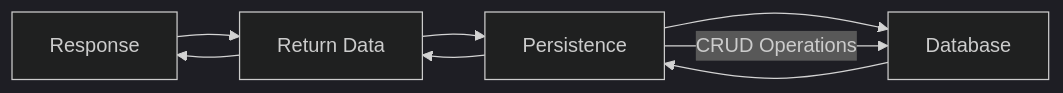
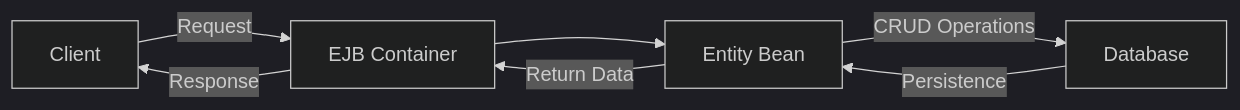
One commit to iAMv1/notes changed diagram 13 of 17 in notes/ajp.md. Above: the diagram before and after it, drawn with Mermaid (dark theme). The commit also changed other lines of this file and 1 other file, not shown here.

Commit message:
Fix mermaid diagram syntax in ajp.md and improve converter error handling

````diff
--- a/notes/ajp.md
+++ b/notes/ajp.md
@@ -1649,11 +1648,9 @@
 ```mermaid
 flowchart LR
-    A[Client] --> B[EJB Container]
+    A[Client] -->|Request| B[EJB Container]
     B --> C[Entity Bean]
-    C --> D[Database]
-    D --> C[Persistence]
-    C --> B[Return Data]
-    B --> A[Response]
-    
-    C --CRUD Operations--> D
+    C -->|CRUD Operations| D[Database]
+    D -->|Persistence| C
+    C -->|Return Data| B
+    B -->|Response| A
 ```
````
